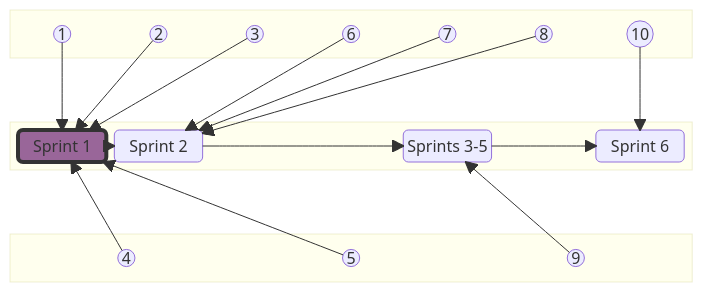
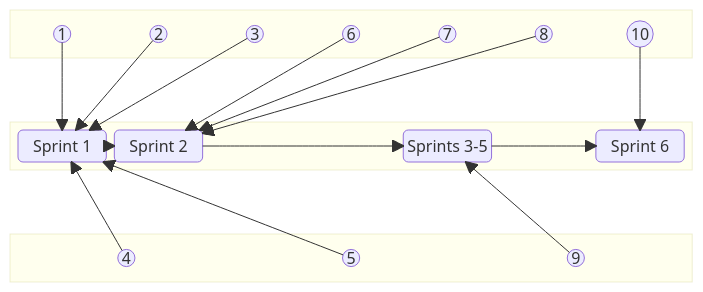
One commit to jdmedlock/mermaid_testing changed the diagram in README.md. Above: the diagram before and after it, drawn with Mermaid.

Commit message:
Feature: Recreate linear sprint diagram

````diff
--- a/README.md
+++ b/README.md
@@ -4,40 +4,38 @@
 ```mermaid
   block-beta
     columns 1
     block:ANNOTATIONSTOP
       A1(("1"))
       A2(("2"))
       A3(("3"))
       A6(("6"))
       A7(("7"))
       A8(("8"))
       A10(("10"))
     end
     space
     block:SPRINTS
       SPRINT1("Sprint 1") --> SPRINT2("Sprint 2")
       space
       space
       SPRINT2 --> SPRINT35("Sprints 3-5")
       space
       SPRINT35 --> SPRINT6("Sprint 6")
     end
     space
       block:ANNOTATIONSBOTTOM
       A4(("4"))
       A5(("5"))
       A9(("9"))
     end
     A1 ----> SPRINT1
     A2 ----> SPRINT1
     A3 ----> SPRINT1
     A4 ----> SPRINT1
     A5 ----> SPRINT1
     A6 ----> SPRINT2
     A7 ----> SPRINT2
     A8 ----> SPRINT2
     A9 ----> SPRINT35
     A10 ----> SPRINT6
-
-    style SPRINT1 fill:#969,stroke:#333,stroke-width:4px
 ```
````
